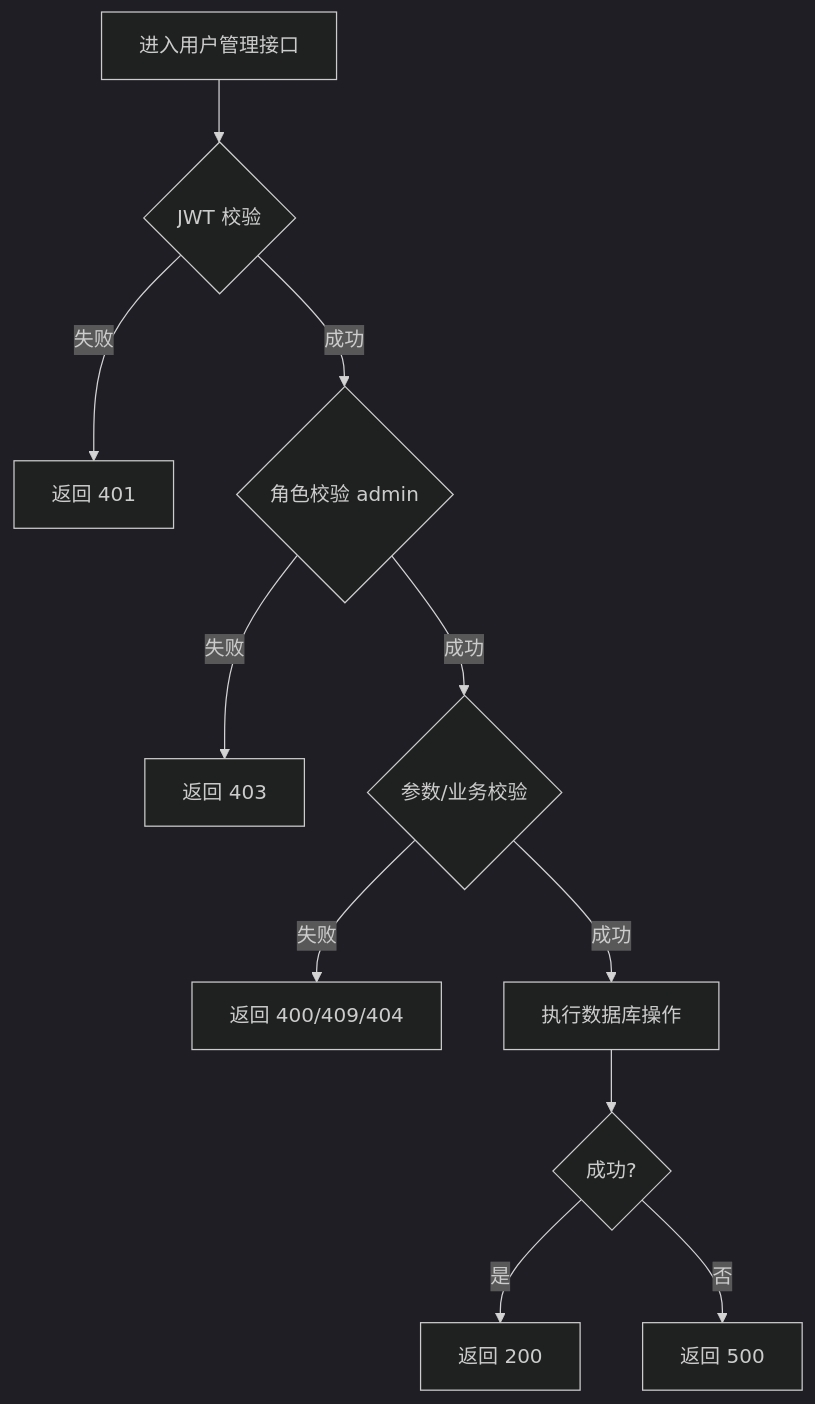
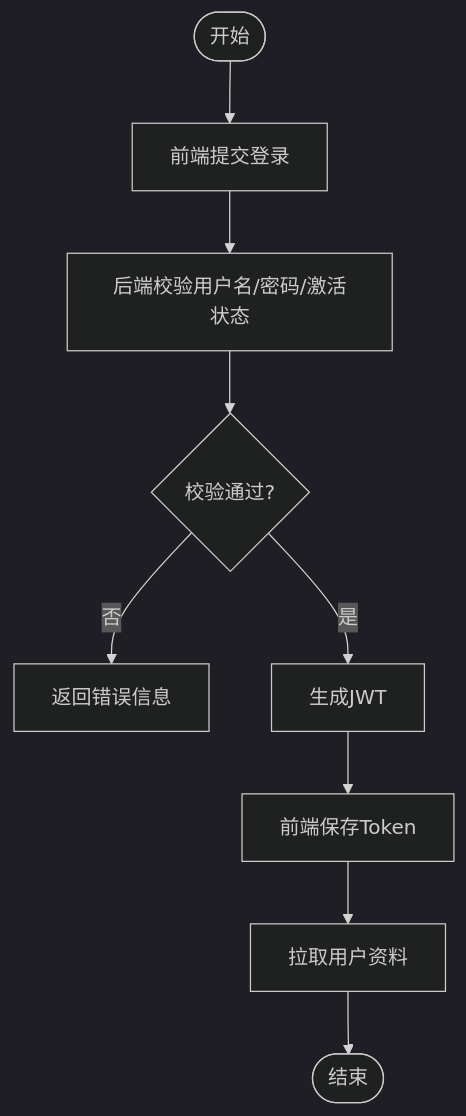
One commit to ismine3/OPS changed the fifth of 6 diagrams in .qoder/repowiki/zh/content/开发指南/开发指南.md. Above: the diagram before and after it, drawn with Mermaid (dark theme). The commit also changed other lines of this file and 109 other files, not shown here.

````diff
--- a/.qoder/repowiki/zh/content/开发指南/开发指南.md
+++ b/.qoder/repowiki/zh/content/开发指南/开发指南.md
@@ -272,13 +320,11 @@
 ```mermaid
 flowchart TD
-S["进入用户管理接口"] --> J{"JWT 校验"}
-J -- 失败 --> R401["返回 401"]
-J -- 成功 --> R{"角色校验 admin"}
-R -- 失败 --> R403["返回 403"]
-R -- 成功 --> V{"参数/业务校验"}
-V -- 失败 --> R400["返回 400/409/404"]
-V -- 成功 --> D["执行数据库操作"]
-D --> OK{"成功?"}
-OK -- 是 --> R200["返回 200"]
-OK -- 否 --> R500["返回 500"]
+Start(["开始"]) --> FE_Login["前端提交登录"]
+FE_Login --> BE_Validate["后端校验用户名/密码/激活状态"]
+BE_Validate --> Valid{"校验通过?"}
+Valid --> |否| FE_Error["返回错误信息"]
+Valid --> |是| BE_Token["生成JWT"]
+BE_Token --> FE_Save["前端保存Token"]
+FE_Save --> FE_Profile["拉取用户资料"]
+FE_Profile --> End(["结束"])
 ```
````
